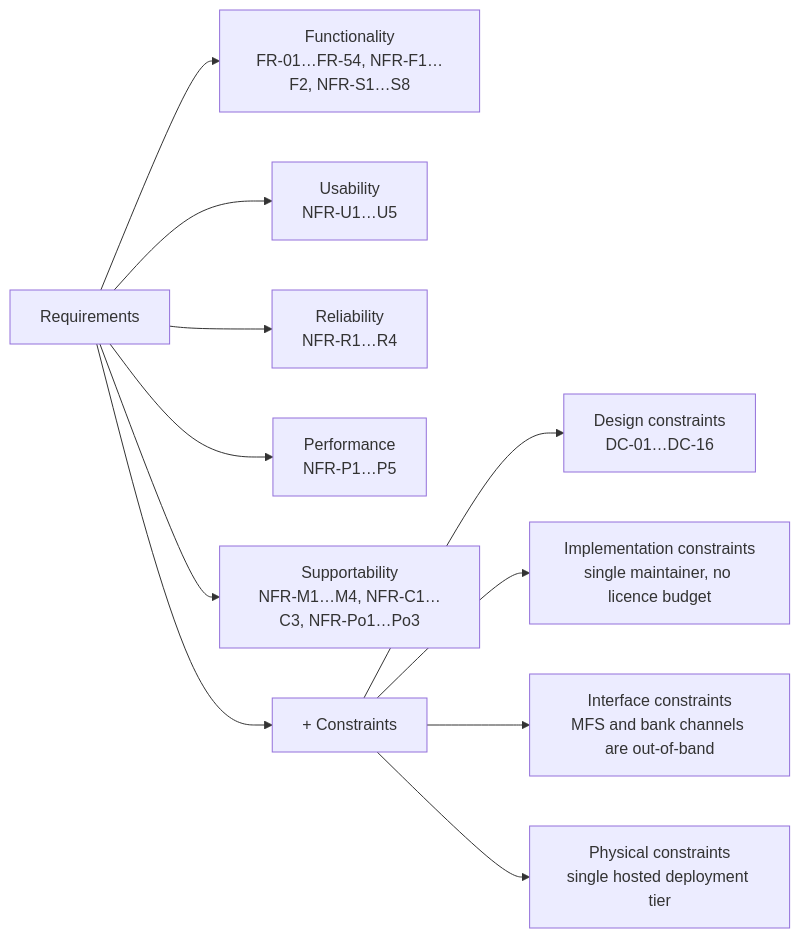
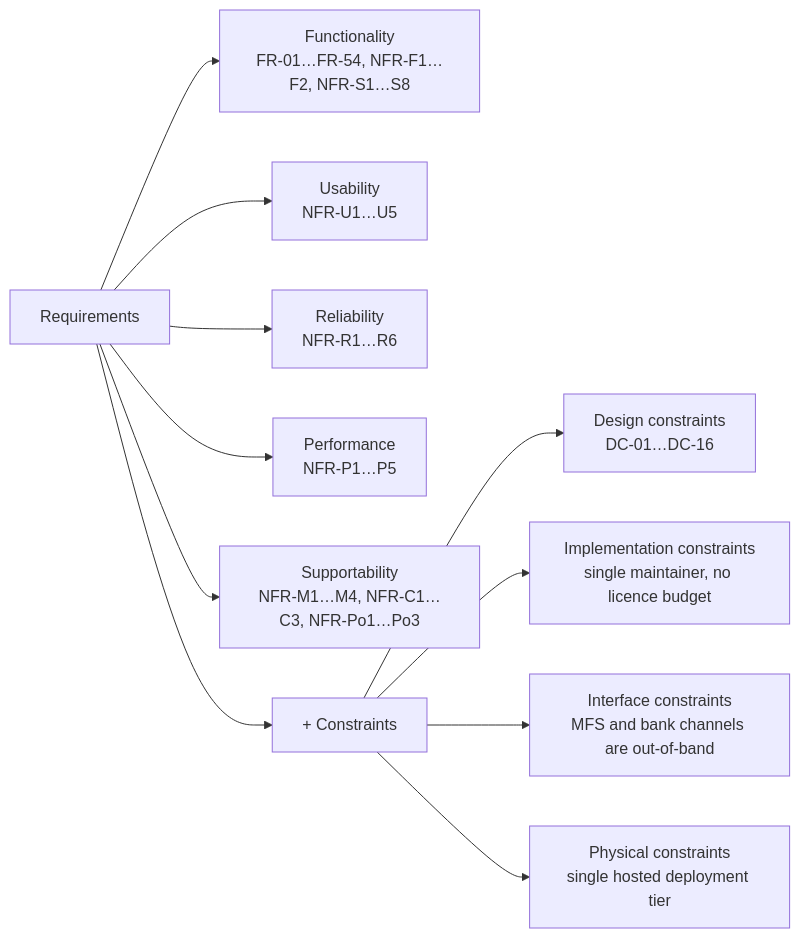
One commit to shalin-rahman/GHCAA changed diagram 11 of 12 in docs/book/03-requirements.md. Above: the diagram before and after it, drawn with Mermaid. The commit also changed other lines of this file and 52 other files, not shown here.

````diff
--- a/docs/book/03-requirements.md
+++ b/docs/book/03-requirements.md
@@ -948,14 +951,14 @@
 ```mermaid
 flowchart LR
     R[Requirements]
     R --> F["Functionality<br/>FR-01…FR-54, NFR-F1…F2, NFR-S1…S8"]
     R --> Us["Usability<br/>NFR-U1…U5"]
-    R --> Re["Reliability<br/>NFR-R1…R4"]
+    R --> Re["Reliability<br/>NFR-R1…R6"]
     R --> Pe["Performance<br/>NFR-P1…P5"]
     R --> Su["Supportability<br/>NFR-M1…M4, NFR-C1…C3, NFR-Po1…Po3"]
     R --> Plus["+ Constraints"]
     Plus --> D["Design constraints<br/>DC-01…DC-16"]
     Plus --> I["Implementation constraints<br/>single maintainer, no licence budget"]
     Plus --> In["Interface constraints<br/>MFS and bank channels are out-of-band"]
     Plus --> Ph["Physical constraints<br/>single hosted deployment tier"]
 ```
````
